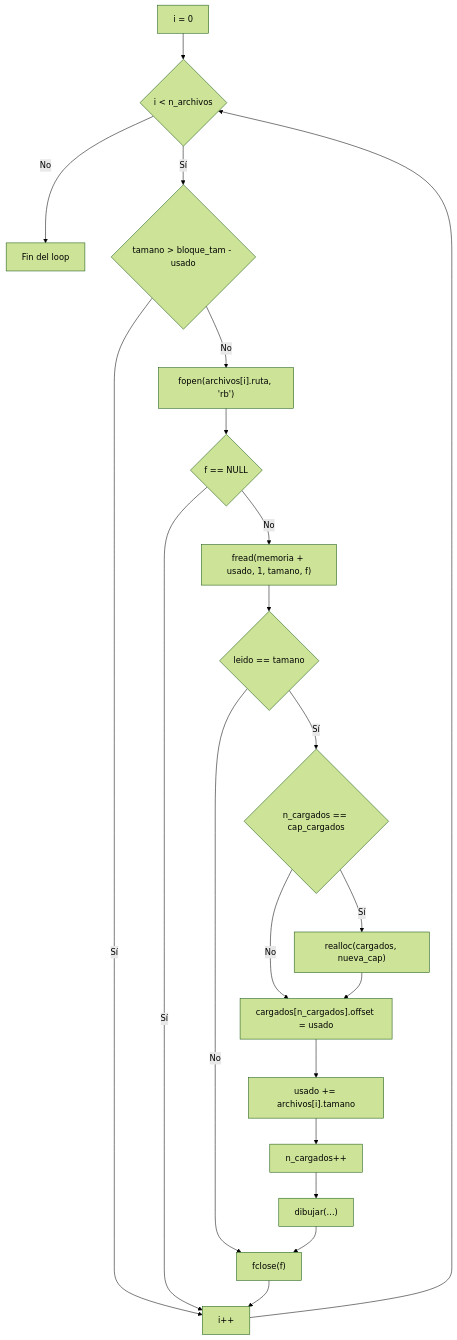
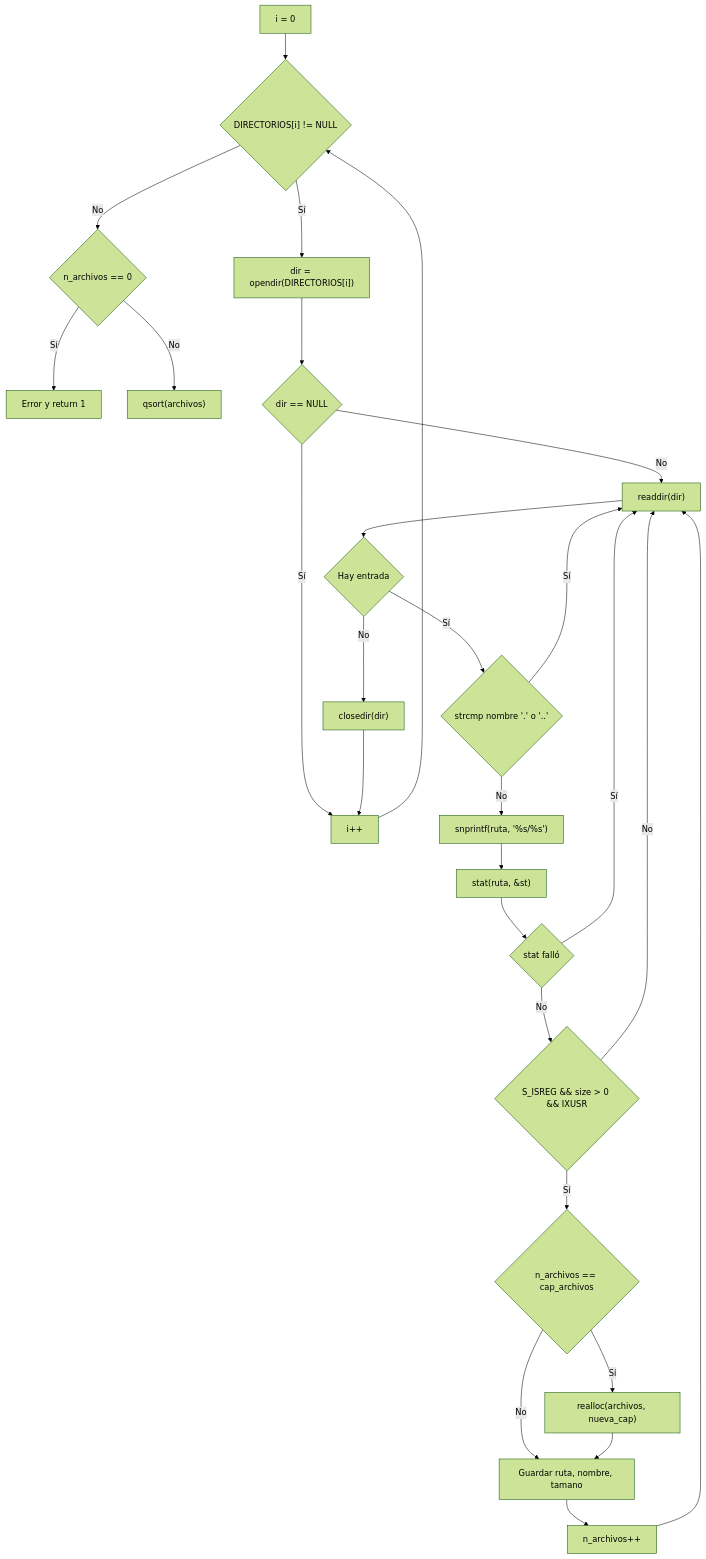
Before and after one commit to dantecc10/operative-systems-ii: the fourth of 6 diagrams in reports/programa-2/REPORT.md, drawn with Mermaid (forest theme). The commit also changed other lines of this file and 11 other files, not shown here.

````diff
--- a/reports/programa-2/REPORT.md
+++ b/reports/programa-2/REPORT.md
@@ -497,23 +966,29 @@
 ```mermaid
 flowchart TD
-    A["i = 0"] --> B{"i < n_archivos"}
-    B -->|"No"| C["Fin del loop"]
-    B -->|"Sí"| D{"tamano > bloque_tam - usado"}
-    D -->|"Sí"| E["i++"]
-    E --> B
-    D -->|"No"| F["fopen(archivos[i].ruta, 'rb')"]
-    F --> G{"f == NULL"}
-    G -->|"Sí"| E
-    G -->|"No"| H["fread(memoria + usado, 1, tamano, f)"]
-    H --> I{"leido == tamano"}
-    I -->|"No"| J["fclose(f)"]
-    J --> E
-    I -->|"Sí"| K{"n_cargados == cap_cargados"}
-    K -->|"Sí"| L["realloc(cargados, nueva_cap)"]
-    K -->|"No"| M["cargados[n_cargados].offset = usado"]
-    L --> M
-    M --> N["usado += archivos[i].tamano"]
-    N --> O["n_cargados++"]
-    O --> P["dibujar(...)"]
-    P --> J
+    A["i = 0"] --> B{"DIRECTORIOS[i] != NULL"}
+    B -->|"No"| C{"n_archivos == 0"}
+    C -->|"Sí"| D["Error y return 1"]
+    C -->|"No"| E["qsort(archivos)"]
+    B -->|"Sí"| F["dir = opendir(DIRECTORIOS[i])"]
+    F --> G{"dir == NULL"}
+    G -->|"Sí"| H["i++"]
+    H --> B
+    G -->|"No"| I["readdir(dir)"]
+    I --> J{"Hay entrada"}
+    J -->|"No"| K["closedir(dir)"]
+    K --> H
+    J -->|"Sí"| L{"strcmp nombre '.' o '..'"}
+    L -->|"Sí"| I
+    L -->|"No"| M["snprintf(ruta, '%s/%s')"]
+    M --> N["stat(ruta, &st)"]
+    N --> O{"stat falló"}
+    O -->|"Sí"| I
+    O -->|"No"| P{"S_ISREG && size > 0 && IXUSR"}
+    P -->|"No"| I
+    P -->|"Sí"| Q{"n_archivos == cap_archivos"}
+    Q -->|"Sí"| R["realloc(archivos, nueva_cap)"]
+    Q -->|"No"| S["Guardar ruta, nombre, tamano"]
+    R --> S
+    S --> T["n_archivos++"]
+    T --> I
 ```
````
